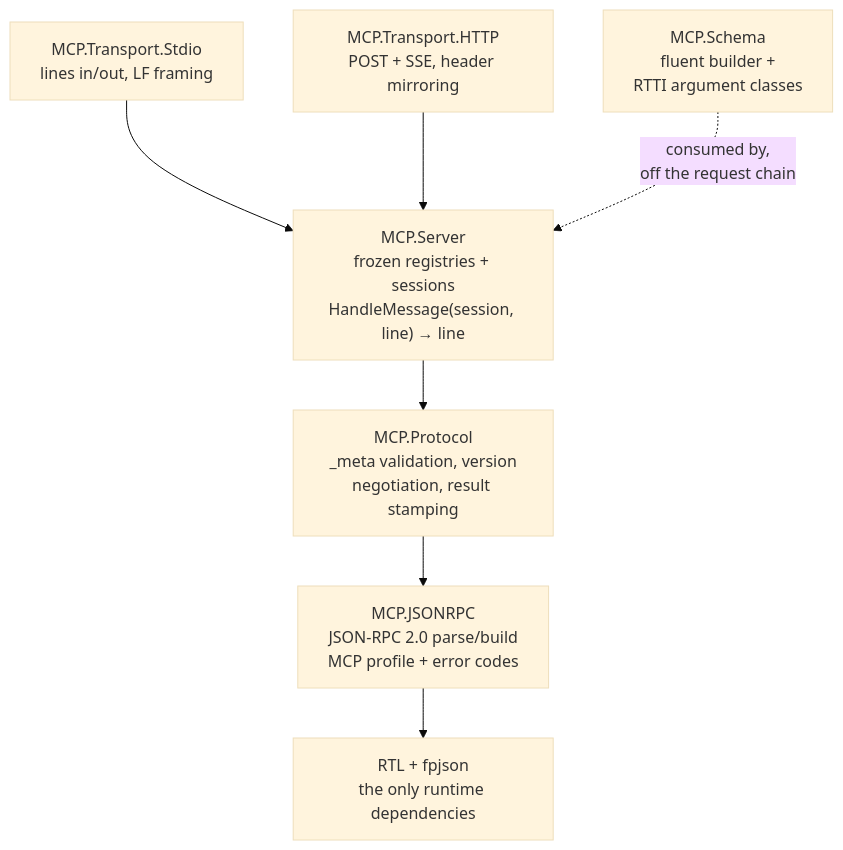
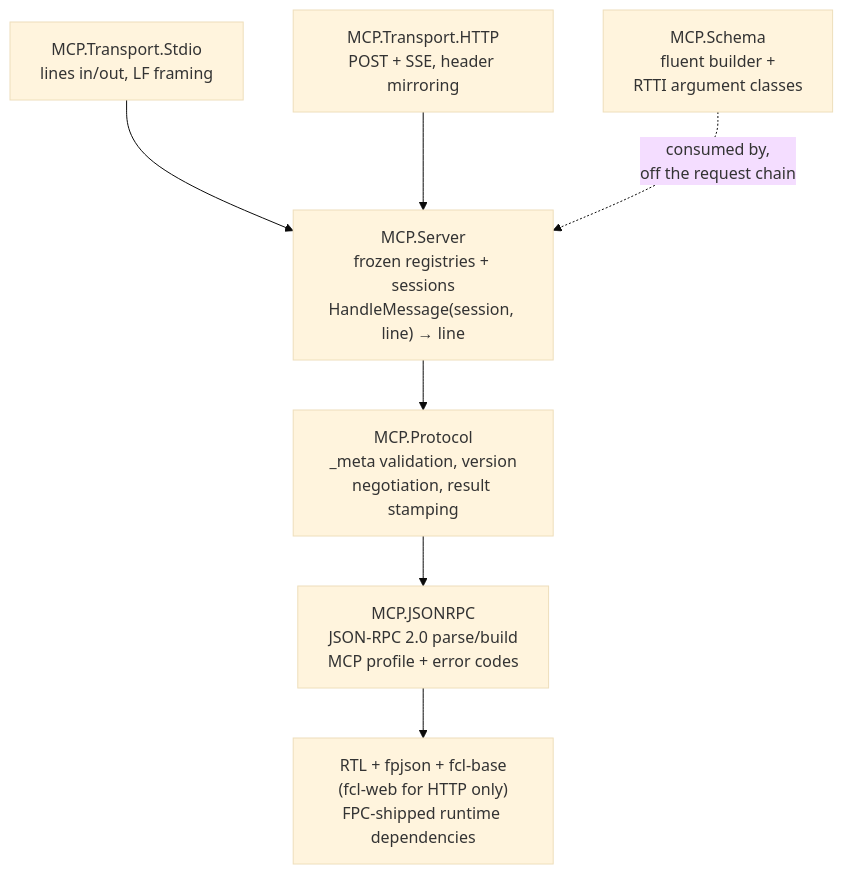
Before and after one commit to frostney/pascal-mcp-sdk: the first of 5 diagrams in docs/internals/architecture.md, drawn with Mermaid (base theme). The commit also changed other lines of this file and 5 other files, not shown here.

````diff
--- a/docs/internals/architecture.md
+++ b/docs/internals/architecture.md
@@ -25,16 +26,16 @@
 ```mermaid
 flowchart TB
     STDIO["MCP.Transport.Stdio<br/>lines in/out, LF framing"]
     HTTP["MCP.Transport.HTTP<br/>POST + SSE, header mirroring"]
     SCHEMA["MCP.Schema<br/>fluent builder +<br/>RTTI argument classes"]
     SERVER["MCP.Server<br/>frozen registries + sessions<br/>HandleMessage(session, line) → line"]
     PROTOCOL["MCP.Protocol<br/>_meta validation, version<br/>negotiation, result stamping"]
     JSONRPC["MCP.JSONRPC<br/>JSON-RPC 2.0 parse/build<br/>MCP profile + error codes"]
-    RTL["RTL + fpjson<br/>the only runtime dependencies"]
+    RTL["RTL + fpjson + fcl-base<br/>(fcl-web for HTTP only)<br/>FPC-shipped runtime dependencies"]
     STDIO --> SERVER
     HTTP --> SERVER
     SCHEMA -. "consumed by,<br/>off the request chain" .-> SERVER
     SERVER --> PROTOCOL
     PROTOCOL --> JSONRPC
     JSONRPC --> RTL
 ```
````
